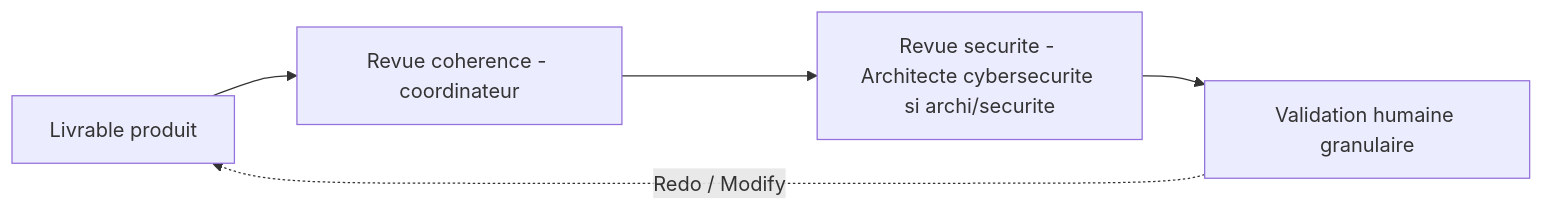
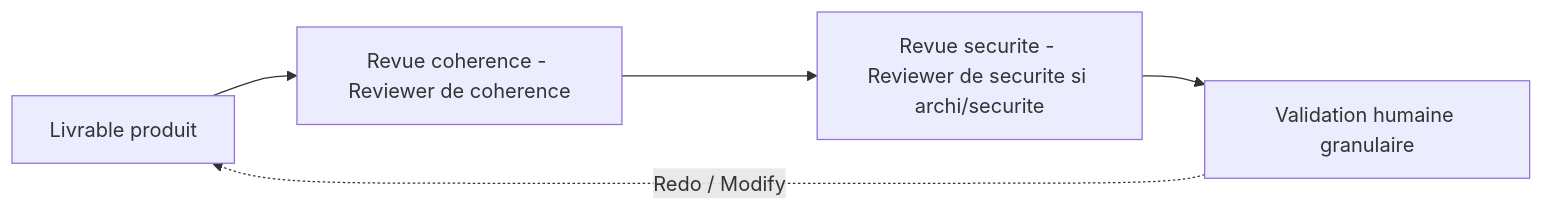
The diagram in core/common/protocols/reviewer.md (Gsyltc/homelab-portfolio), drawn with Mermaid before and after one commit. The commit also changed other lines of this file and 16 other files, not shown here.

````diff
--- a/core/common/protocols/reviewer.md
+++ b/core/common/protocols/reviewer.md
@@ -25,7 +26,7 @@
 ```mermaid
 flowchart LR
-    L[Livrable produit] --> RC[Revue coherence - coordinateur]
-    RC --> RS[Revue securite - Architecte cybersecurite si archi/securite]
+    L[Livrable produit] --> RC[Revue coherence - Reviewer de coherence]
+    RC --> RS[Revue securite - Reviewer de securite si archi/securite]
     RS --> VH[Validation humaine granulaire]
     VH -.->|Redo / Modify| L
 ```
````
